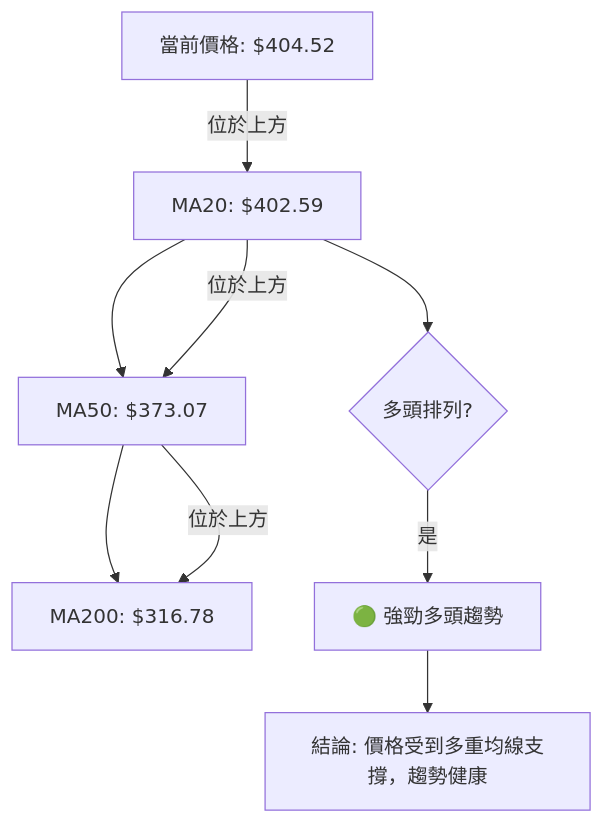
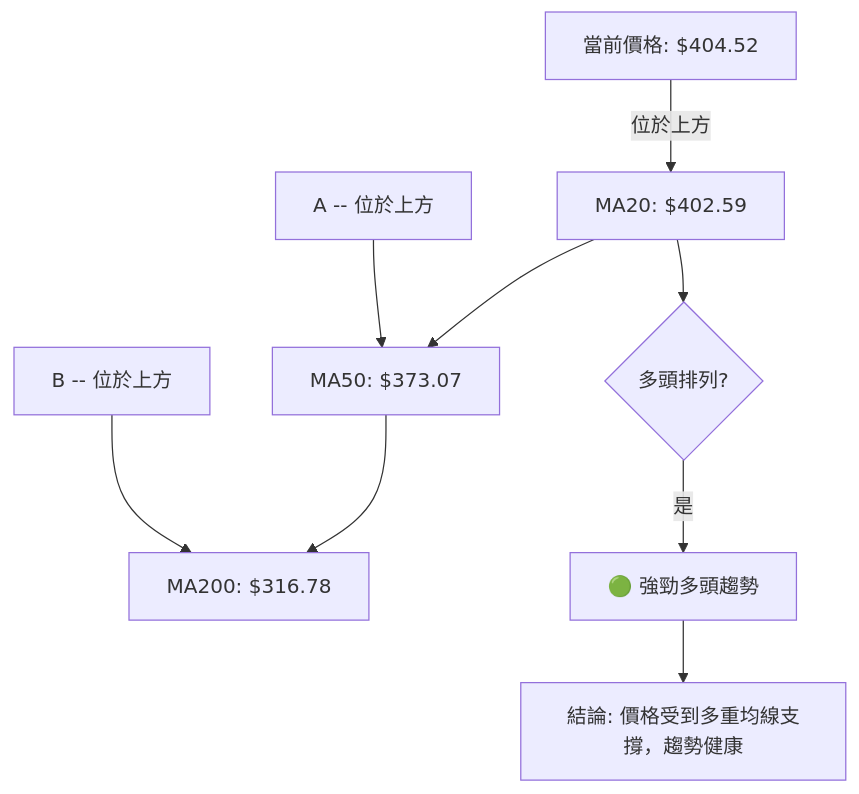
One commit to yennanliu/finance_data changed the seventh of 9 diagrams in ai_gen_report/stock/tsm/technical_analysis_2026-05-23_gemini.md. Above: the diagram before and after it, drawn with Mermaid. The commit also changed other lines of this file and 2258 other files, not shown here.

First line of the commit message:
chore: backfill Mermaid syntax repair across existing reports

````diff
--- a/ai_gen_report/stock/tsm/technical_analysis_2026-05-23_gemini.md
+++ b/ai_gen_report/stock/tsm/technical_analysis_2026-05-23_gemini.md
@@ -511,11 +511,11 @@
 ```mermaid
 graph TD
-    A[MA20: $402.59] --> B[MA50: $373.07]
-    B --> C[MA200: $316.78]
-    A -- 位於上方 --> B
-    B -- 位於上方 --> C
-    D[當前價格: $404.52] -- 位於上方 --> A
-    A --> E{多頭排列?}
-    E -- 是 --> F[🟢 強勁多頭趨勢]
-    F --> G[結論: 價格受到多重均線支撐，趨勢健康]
+    A["MA20: $402.59"] --> B["MA50: $373.07"]
+    B --> C["MA200: $316.78"]
+    nb1["A -- 位於上方"] --> B
+    nb2["B -- 位於上方"] --> C
+    D["當前價格: $404.52"] -- 位於上方 --> A
+    A --> E{"多頭排列?"}
+    E -- 是 --> F["🟢 強勁多頭趨勢"]
+    F --> G["結論: 價格受到多重均線支撐，趨勢健康"]
 ```
````
